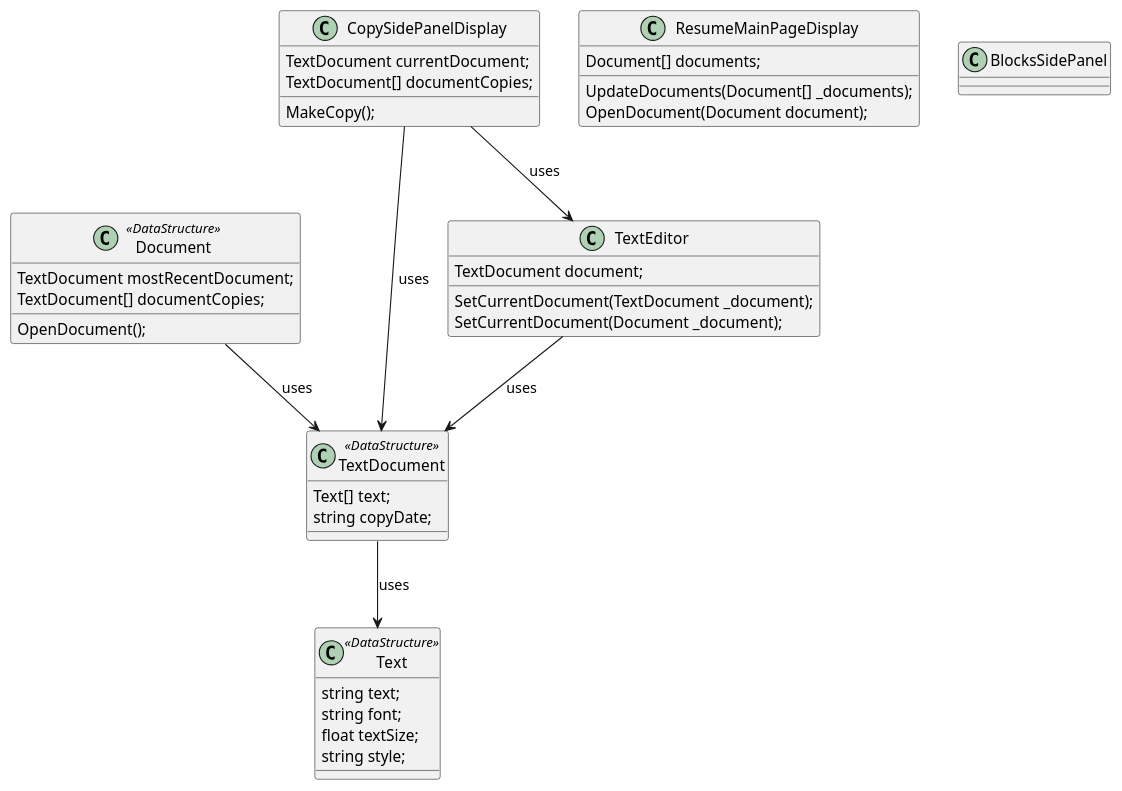
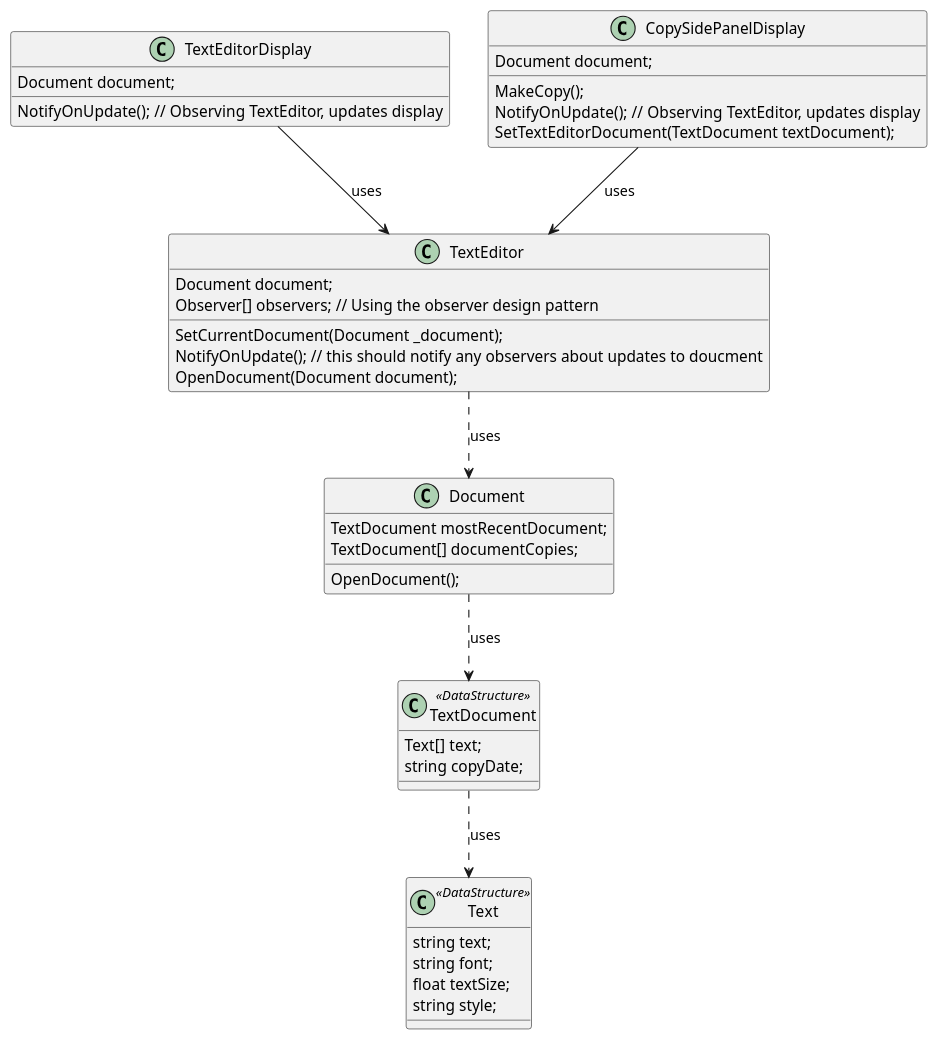
Before and after one commit to TheStress/ResumeAppDocumentation: the diagram in docs/Test/Class Diagram.md, drawn with PlantUML.

Commit message:
testing display

````diff
--- a/docs/Test/Class Diagram.md
+++ b/docs/Test/Class Diagram.md
@@ -1,57 +1,65 @@
 ```plantuml
 'note "Not defined well yet" as ND
 
 class Text <<DataStructure>> {
 	string text;
 	string font;
 	float textSize;
 	string style;
 }
 
 class TextDocument <<DataStructure>> {
 	Text[] text;
 	string copyDate;
 }
-TextDocument --> Text : uses 
+TextDocument ..> Text : uses 
 
-class Document <<DataStructure>> {
+class Document {
 	TextDocument mostRecentDocument;
 	TextDocument[] documentCopies;
 	
 	OpenDocument();
 }
-Document --> TextDocument : uses
+Document ..> TextDocument : uses
 
-class ResumeMainPageDisplay {
-	Document[] documents;
-	
-	UpdateDocuments(Document[] _documents);
+'class ResumeMainPageDisplay {
+''	Document[] documents;
+''	
+''	UpdateDocuments(Document[] _documents);
+''	OpenDocument(Document document);
+''}
+
+class TextEditor {
+	Document document;
+	Observer[] observers; // Using the observer design pattern
+
+
+	SetCurrentDocument(Document _document);
+	NotifyOnUpdate(); // this should notify any observers about updates to doucment
 	OpenDocument(Document document);
 }
+TextEditor ..> Document : uses
 
-class TextEditor {
-	TextDocument document;
-	
-	SetCurrentDocument(TextDocument _document);
-	SetCurrentDocument(Document _document);
+class TextEditorDisplay {
+	Document document;
+
+	NotifyOnUpdate(); // Observing TextEditor, updates display
 }
-TextEditor --> TextDocument : uses
-'TextEditor --> SomeDocumentEditorLibrary : uses
-
+TextEditorDisplay --> TextEditor : uses
 
 class CopySidePanelDisplay {
-	TextDocument currentDocument;
-	TextDocument[] documentCopies;
-	
+	Document document;	
+
 	MakeCopy();
+	NotifyOnUpdate(); // Observing TextEditor, updates display
+	SetTextEditorDocument(TextDocument textDocument);
 }
-CopySidePanelDisplay --> TextDocument : uses
 CopySidePanelDisplay --> TextEditor : uses
 
 
-class BlocksSidePanel {
-
-}
+'class BlocksSidePanel {
+'	Text[] blocks;
+'}
 
 
 ```
````
